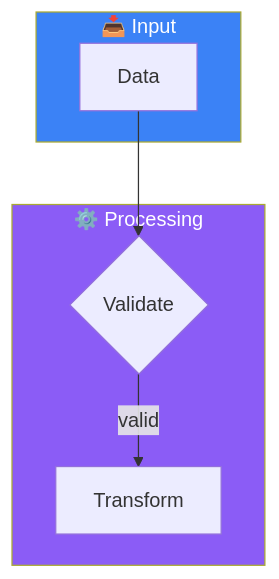
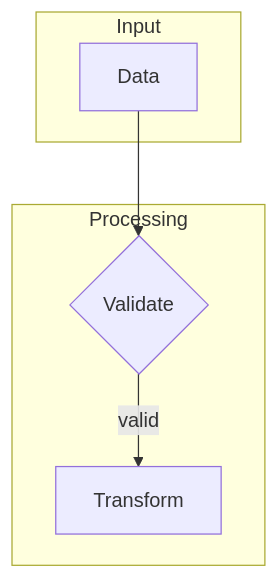
One commit to felipefontoura/spec-driven-development-book changed the sixth of 6 diagrams in CLAUDE.md. Above: the diagram before and after it, drawn with Mermaid. The commit also changed other lines of this file and 4 other files, not shown here.

````diff
--- a/CLAUDE.md
+++ b/CLAUDE.md
@@ -101,17 +104,18 @@
 ```mermaid
 flowchart TB
-    subgraph INPUT["📥 Input"]
+    subgraph INPUT["Input"]
         A[Data]
     end
 
-    subgraph PROCESS["⚙️ Processing"]
+    subgraph PROCESS["Processing"]
         B{Validate}
         C[Transform]
     end
 
     A --> B
     B -->|valid| C
 
-    style INPUT fill:#3b82f6,color:#fff
-    style PROCESS fill:#8b5cf6,color:#fff
+    class A soft;
+    class B neutral;
+    class C accent;
 ```
````
